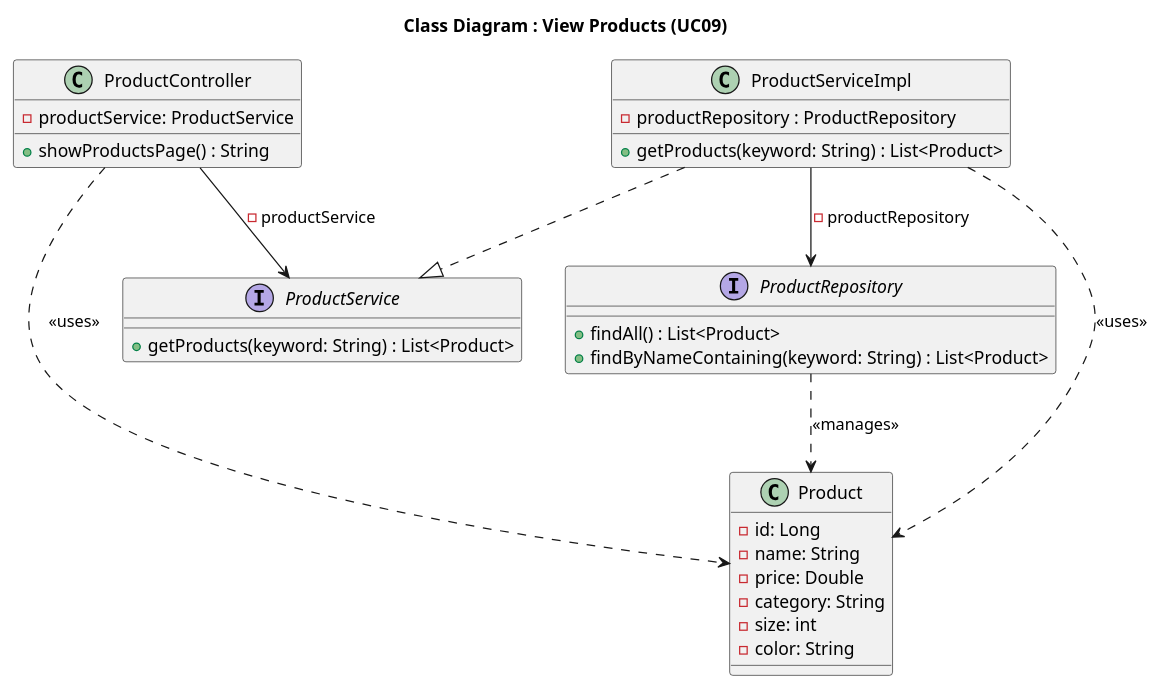
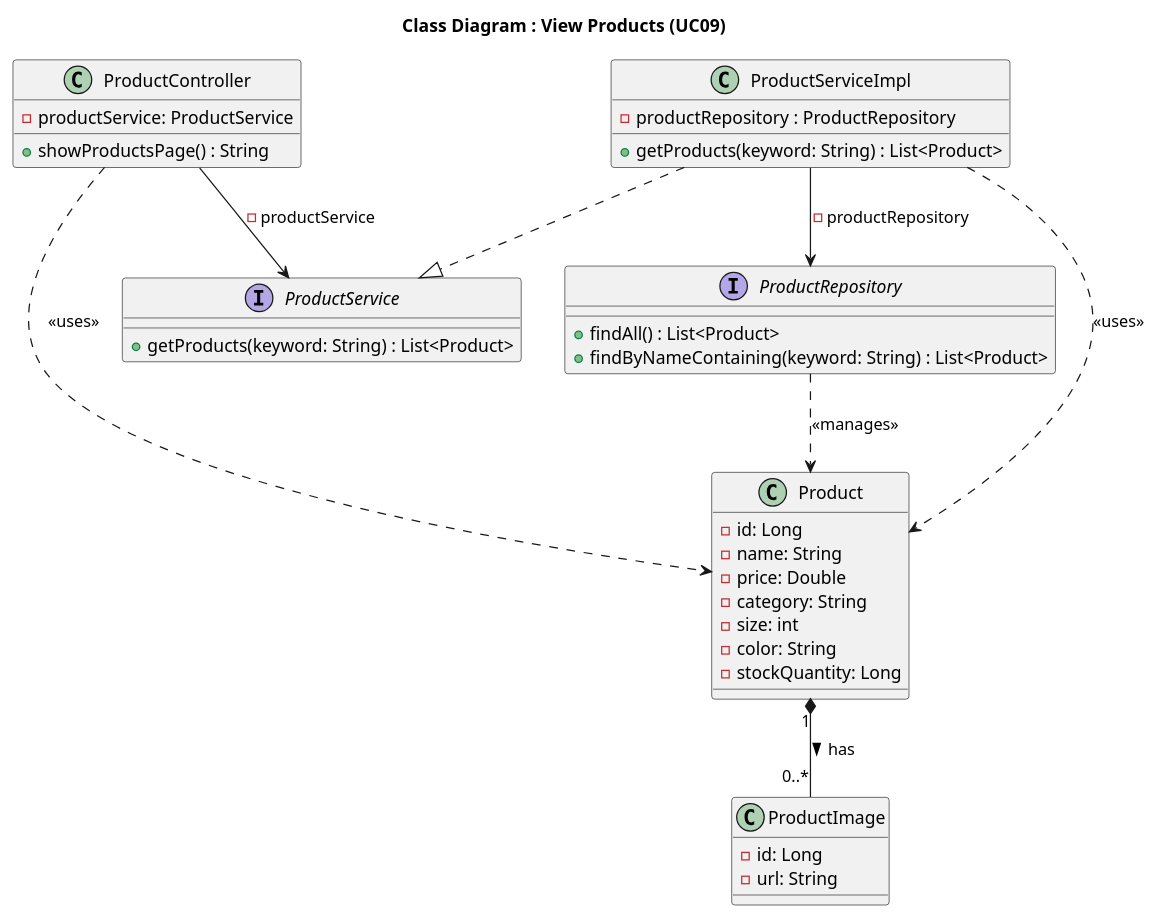
The diagram in src/main/java/org/example/fashionstoresystem/uml/Class/CD09_ViewProducts.puml (Peterdir/fashion-store-system), drawn with PlantUML before and after one commit. The commit also changed 6 other files, not shown here.

```diff
--- a/src/main/java/org/example/fashionstoresystem/uml/Class/CD09_ViewProducts.puml
+++ b/src/main/java/org/example/fashionstoresystem/uml/Class/CD09_ViewProducts.puml
@@ -1,54 +1,61 @@
 @startuml
 title Class Diagram : View Products (UC09)
 
 ' Controller
 class ProductController {
     - productService: ProductService
     + showProductsPage() : String
 }
 
 ' Service
 
 interface ProductService {
     + getProducts(keyword: String) : List<Product>
 }
 
 class ProductServiceImpl {
     - productRepository : ProductRepository
     + getProducts(keyword: String) : List<Product>
 }
 
 ' Repository
 
 interface ProductRepository {
     + findAll() : List<Product>
     + findByNameContaining(keyword: String) : List<Product>
 }
 
 ' Entity & DTO
 
 class Product {
     - id: Long
     - name: String
     - price: Double
     - category: String
     - size: int
     - color: String
+    - stockQuantity: Long
+}
 
+class ProductImage {
+    - id: Long
+    - url: String
 }
 
 ' Relationships
+
+Product "1" *-- "0..*" ProductImage : has >
 
 ' Class implement Interface
 ProductServiceImpl ..|>ProductService
 
 ' Dependency Injection
 ProductController --> ProductService: - productService
 ProductServiceImpl --> ProductRepository: - productRepository
 
 ' Object Usage
 ProductController ..> Product : <<uses>>
 ProductServiceImpl ..> Product : <<uses>>
 ProductRepository ..> Product : <<manages>>
 
 @enduml
```
